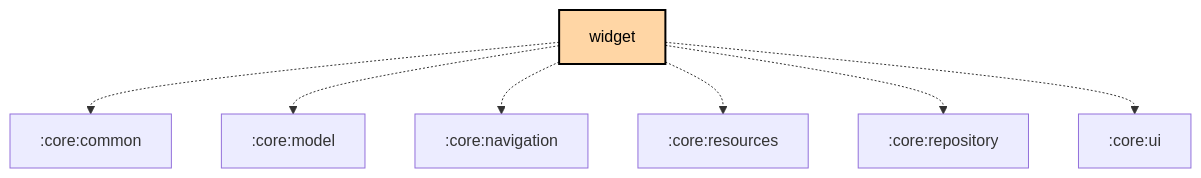
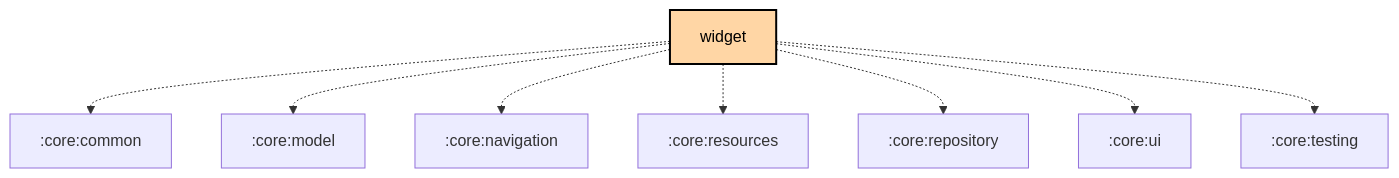
The diagram in feature/widget/README.md (meshtastic/Meshtastic-Android), drawn with Mermaid before and after one commit. The commit also changed 2 other files, not shown here.

Commit message:
chore: Scheduled updates (Graphs, Baseline Profile)
Automated updates for:
- Module dependency graphs
- androidApp baseline profile

````diff
--- a/feature/widget/README.md
+++ b/feature/widget/README.md
@@ -181,24 +181,25 @@
 ```mermaid
 graph TB
   :feature:widget[widget]:::android-feature
   :feature:widget -.-> :core:common
   :feature:widget -.-> :core:model
   :feature:widget -.-> :core:navigation
   :feature:widget -.-> :core:resources
   :feature:widget -.-> :core:repository
   :feature:widget -.-> :core:ui
+  :feature:widget -.-> :core:testing
 
 classDef android-application fill:#CAFFBF,stroke:#000,stroke-width:2px,color:#000;
 classDef android-application-compose fill:#CAFFBF,stroke:#000,stroke-width:2px,color:#000;
 classDef compose-desktop-application fill:#CAFFBF,stroke:#000,stroke-width:2px,color:#000;
 classDef android-feature fill:#FFD6A5,stroke:#000,stroke-width:2px,color:#000;
 classDef android-library fill:#9BF6FF,stroke:#000,stroke-width:2px,color:#000;
 classDef android-library-compose fill:#9BF6FF,stroke:#000,stroke-width:2px,color:#000;
 classDef android-test fill:#A0C4FF,stroke:#000,stroke-width:2px,color:#000;
 classDef jvm-library fill:#BDB2FF,stroke:#000,stroke-width:2px,color:#000;
 classDef kmp-feature fill:#FFD6A5,stroke:#000,stroke-width:2px,color:#000;
 classDef kmp-library-compose fill:#FFC1CC,stroke:#000,stroke-width:2px,color:#000;
 classDef kmp-library fill:#FFC1CC,stroke:#000,stroke-width:2px,color:#000;
 classDef unknown fill:#FFADAD,stroke:#000,stroke-width:2px,color:#000;
 
 ```
````
